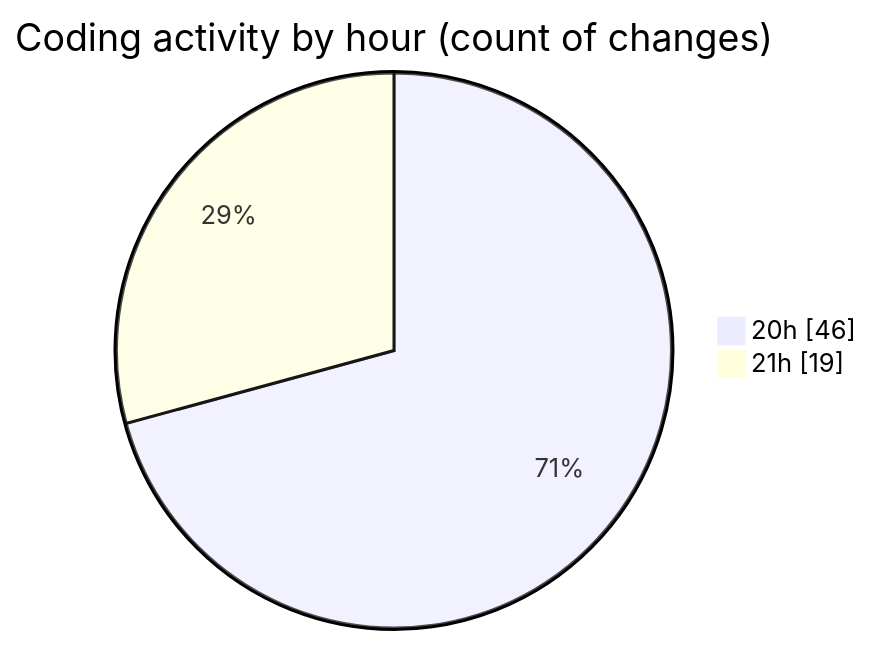
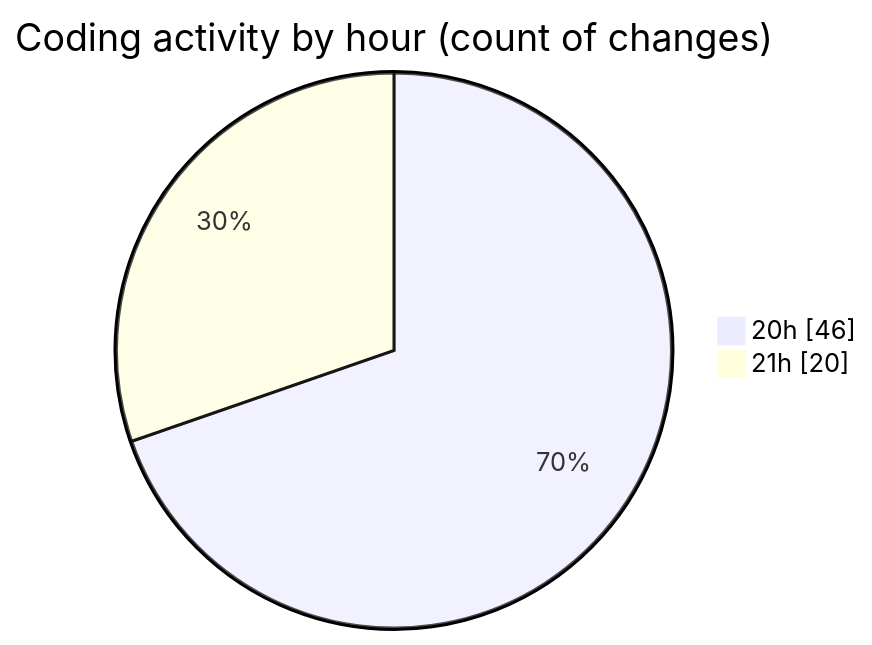
One commit to Ritupan-Deka/code-tracking changed the second of 2 diagrams in 2025-07-19/mern-workoutboard/README.md. Above: the diagram before and after it, drawn with Mermaid. The commit also changed other lines of this file and 1 other file, not shown here.

````diff
--- a/2025-07-19/mern-workoutboard/README.md
+++ b/2025-07-19/mern-workoutboard/README.md
@@ -29,6 +29,6 @@
 ```mermaid
 pie showData
 title Coding activity by hour (count of changes)
 "20h" : 46
-"21h" : 19
+"21h" : 20
 ```
````
